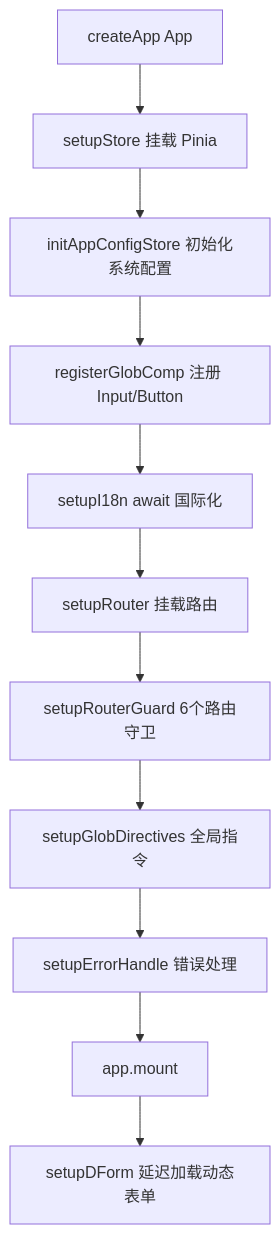
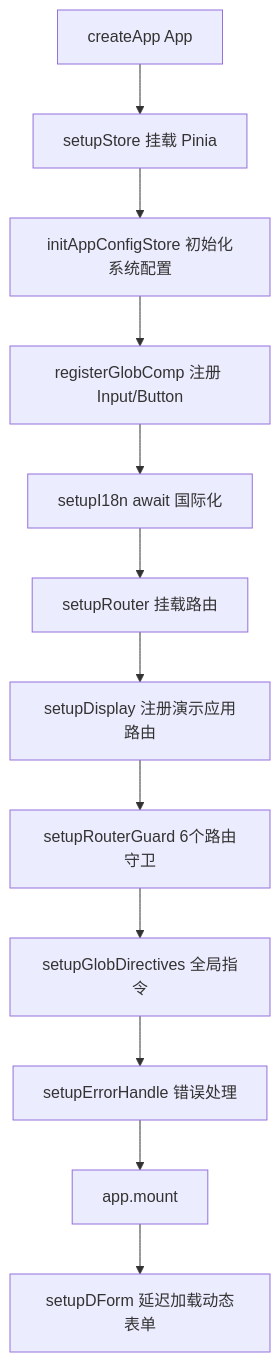
Before and after one commit to wust-rd/zhugengju-admin-frontend: the second of 32 diagrams in CODE_WIKI.md, drawn with Mermaid. The commit also changed other lines of this file and 8 other files, not shown here.

Commit message:
feat: 画流程图, code_wiki 更新

````diff
--- a/CODE_WIKI.md
+++ b/CODE_WIKI.md
@@ -102,13 +113,14 @@
 ```mermaid
 flowchart TD
   A[createApp App] --> B[setupStore 挂载 Pinia]
   B --> C[initAppConfigStore 初始化系统配置]
   C --> D[registerGlobComp 注册 Input/Button]
   D --> E[setupI18n await 国际化]
   E --> F[setupRouter 挂载路由]
-  F --> G[setupRouterGuard 6个路由守卫]
+  F --> FD[setupDisplay 注册演示应用路由]
+  FD --> G[setupRouterGuard 6个路由守卫]
   G --> H[setupGlobDirectives 全局指令]
   H --> I[setupErrorHandle 错误处理]
   I --> J[app.mount]
   J --> K[setupDForm 延迟加载动态表单]
 ```
````
